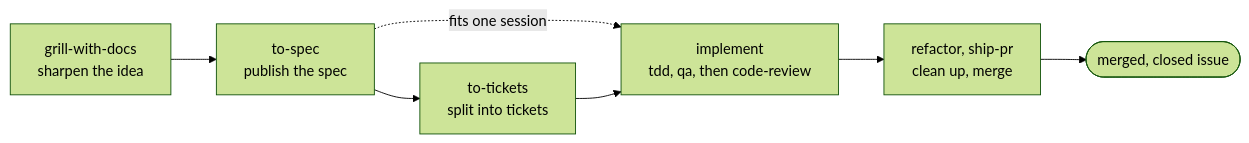
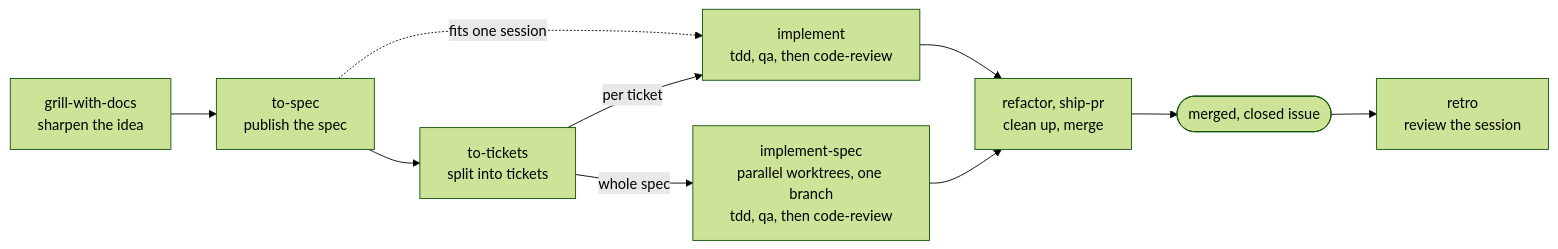
The diagram in README.md (svyatov/supermatt), drawn with Mermaid (forest theme) before and after one commit. The commit also changed other lines of this file and 6 other files, not shown here.

````diff
--- a/README.md
+++ b/README.md
@@ -83,9 +83,12 @@
 ```mermaid
 flowchart LR
   grill["grill-with-docs<br>sharpen the idea"] --> spec["to-spec<br>publish the spec"]
   spec --> tickets["to-tickets<br>split into tickets"]
   spec -. fits one session .-> implement
-  tickets --> implement["implement<br>tdd, qa, then code-review"]
+  tickets -->|per ticket| implement["implement<br>tdd, qa, then code-review"]
+  tickets -->|whole spec| implementSpec["implement-spec<br>parallel worktrees, one branch<br>tdd, qa, then code-review"]
   implement --> ship["refactor, ship-pr<br>clean up, merge"]
+  implementSpec --> ship
   ship --> done(["merged, closed issue"])
+  done --> retro["retro<br>review the session"]
 ```
````
